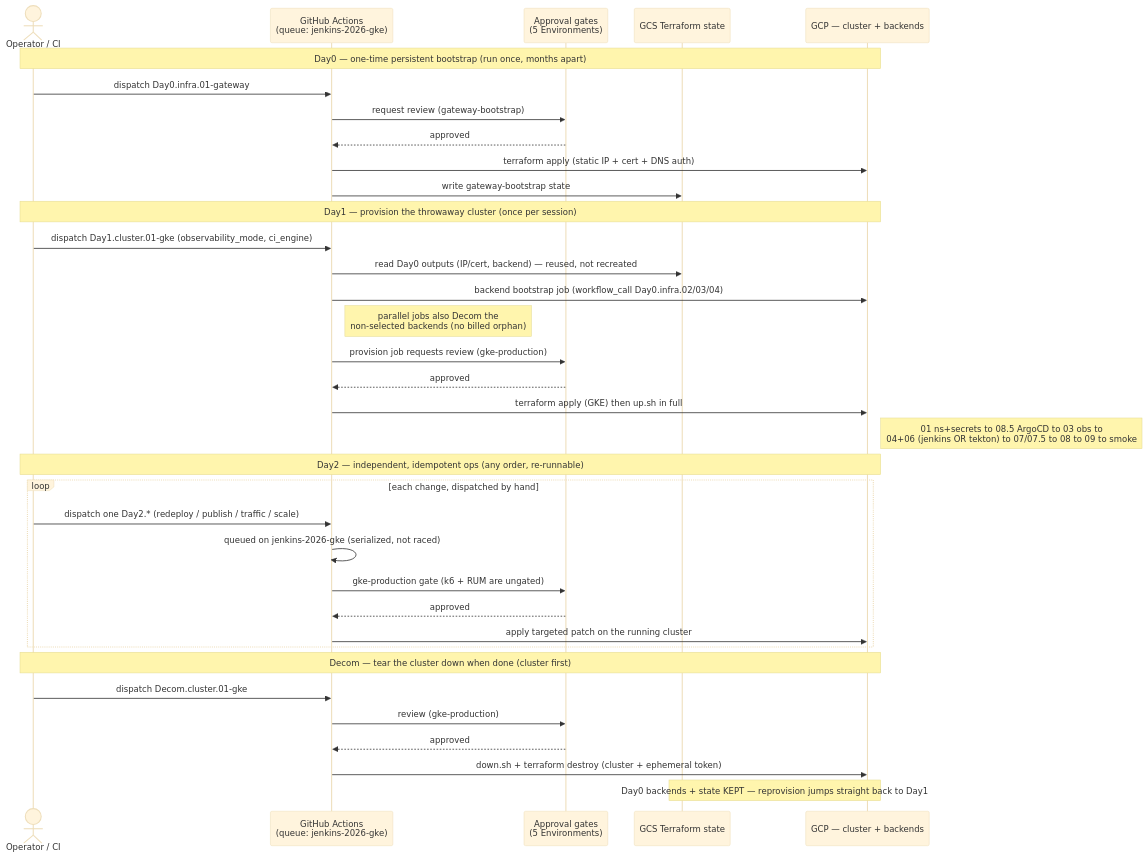
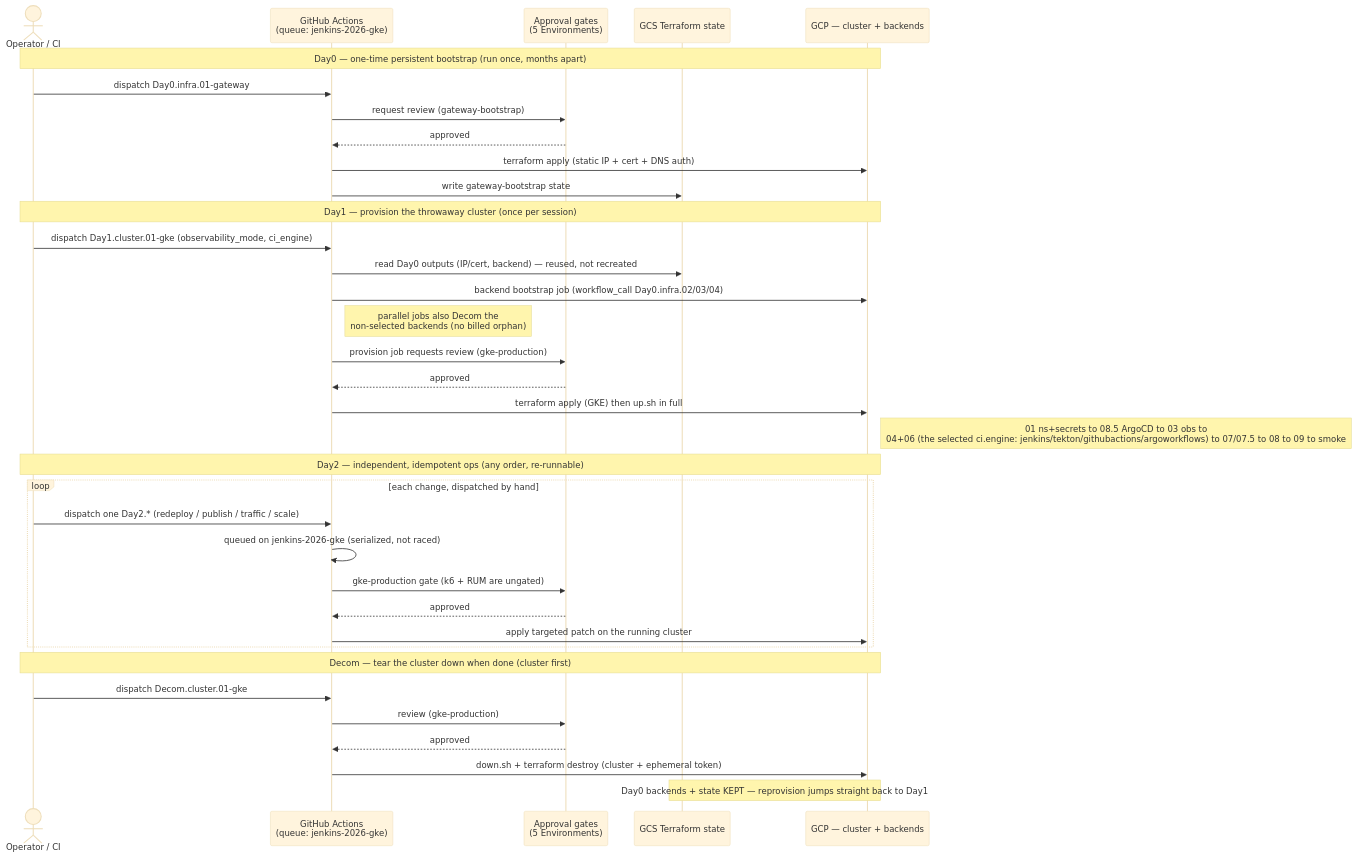
The eighth of 10 diagrams in docs/101-GITHUB_ACTIONS_WORKFLOWS.md (nubenetes/jenkins-2026), drawn with Mermaid (base theme) before and after one commit. The commit also changed other lines of this file and 28 other files, not shown here.

````diff
--- a/docs/101-GITHUB_ACTIONS_WORKFLOWS.md
+++ b/docs/101-GITHUB_ACTIONS_WORKFLOWS.md
@@ -589,41 +589,41 @@
 ```mermaid
 sequenceDiagram
     actor Op as Operator / CI
     participant GH as GitHub Actions<br/>(queue: jenkins-2026-gke)
     participant Env as Approval gates<br/>(5 Environments)
     participant GCS as GCS Terraform state
     participant GCP as GCP — cluster + backends
 
     Note over Op,GCP: Day0 — one-time persistent bootstrap (run once, months apart)
     Op->>GH: dispatch Day0.infra.01-gateway
     GH->>Env: request review (gateway-bootstrap)
     Env-->>GH: approved
     GH->>GCP: terraform apply (static IP + cert + DNS auth)
     GH->>GCS: write gateway-bootstrap state
 
     Note over Op,GCP: Day1 — provision the throwaway cluster (once per session)
     Op->>GH: dispatch Day1.cluster.01-gke (observability_mode, ci_engine)
     GH->>GCS: read Day0 outputs (IP/cert, backend) — reused, not recreated
     GH->>GCP: backend bootstrap job (workflow_call Day0.infra.02/03/04)
     Note right of GH: parallel jobs also Decom the<br/>non-selected backends (no billed orphan)
     GH->>Env: provision job requests review (gke-production)
     Env-->>GH: approved
     GH->>GCP: terraform apply (GKE) then up.sh in full
-    Note right of GCP: 01 ns+secrets to 08.5 ArgoCD to 03 obs to<br/>04+06 (jenkins OR tekton) to 07/07.5 to 08 to 09 to smoke
+    Note right of GCP: 01 ns+secrets to 08.5 ArgoCD to 03 obs to<br/>04+06 (the selected ci.engine: jenkins/tekton/githubactions/argoworkflows) to 07/07.5 to 08 to 09 to smoke
 
     Note over Op,GCP: Day2 — independent, idempotent ops (any order, re-runnable)
     loop each change, dispatched by hand
         Op->>GH: dispatch one Day2.* (redeploy / publish / traffic / scale)
         GH->>GH: queued on jenkins-2026-gke (serialized, not raced)
         GH->>Env: gke-production gate (k6 + RUM are ungated)
         Env-->>GH: approved
         GH->>GCP: apply targeted patch on the running cluster
     end
 
     Note over Op,GCP: Decom — tear the cluster down when done (cluster first)
     Op->>GH: dispatch Decom.cluster.01-gke
     GH->>Env: review (gke-production)
     Env-->>GH: approved
     GH->>GCP: down.sh + terraform destroy (cluster + ephemeral token)
     Note over GCS,GCP: Day0 backends + state KEPT — reprovision jumps straight back to Day1
 ```
````
